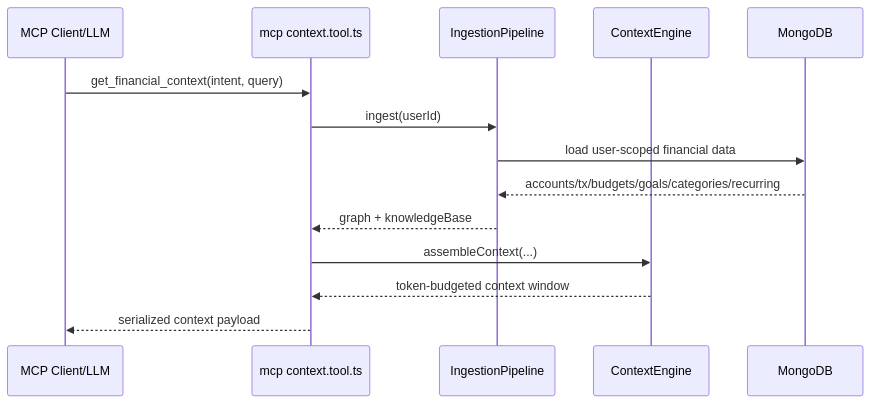
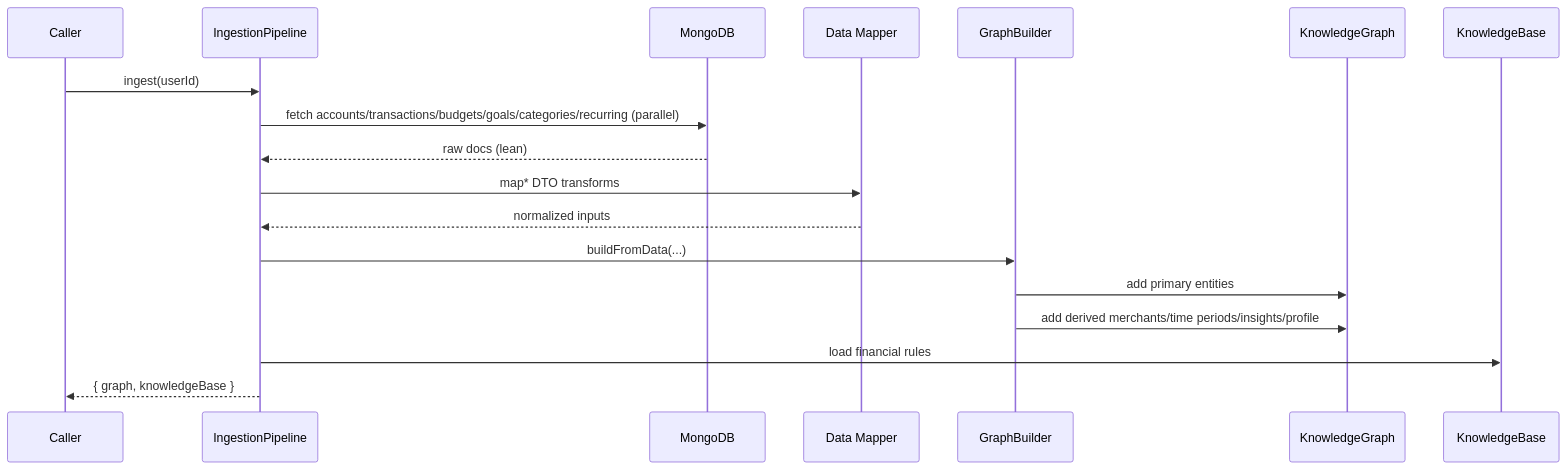
The fifth of 13 diagrams in TECH_DOCS.md (hoangsonww/WealthWise-Finance-Tracker), drawn with Mermaid before and after one commit. The commit also changed other lines of this file, not shown here.

Commit message:
feat(context): enhance context integration for user-specific financial prompts and architecture documentation

````diff
--- a/TECH_DOCS.md
+++ b/TECH_DOCS.md
@@ -78,17 +194,21 @@
 ```mermaid
 sequenceDiagram
-    participant LLM as MCP Client/LLM
-    participant MCP as mcp context.tool.ts
-    participant PIPE as IngestionPipeline
-    participant CE as ContextEngine
+    participant Caller
+    participant Pipe as IngestionPipeline
     participant DB as MongoDB
+    participant Mapper as Data Mapper
+    participant Builder as GraphBuilder
+    participant Graph as KnowledgeGraph
+    participant KB as KnowledgeBase
 
-    LLM->>MCP: get_financial_context(intent, query)
-    MCP->>PIPE: ingest(userId)
-    PIPE->>DB: load user-scoped financial data
-    DB-->>PIPE: accounts/tx/budgets/goals/categories/recurring
-    PIPE-->>MCP: graph + knowledgeBase
-    MCP->>CE: assembleContext(...)
-    CE-->>MCP: token-budgeted context window
-    MCP-->>LLM: serialized context payload
+    Caller->>Pipe: ingest(userId)
+    Pipe->>DB: fetch accounts/transactions/budgets/goals/categories/recurring (parallel)
+    DB-->>Pipe: raw docs (lean)
+    Pipe->>Mapper: map* DTO transforms
+    Mapper-->>Pipe: normalized inputs
+    Pipe->>Builder: buildFromData(...)
+    Builder->>Graph: add primary entities
+    Builder->>Graph: add derived merchants/time periods/insights/profile
+    Pipe->>KB: load financial rules
+    Pipe-->>Caller: { graph, knowledgeBase }
 ```
````
